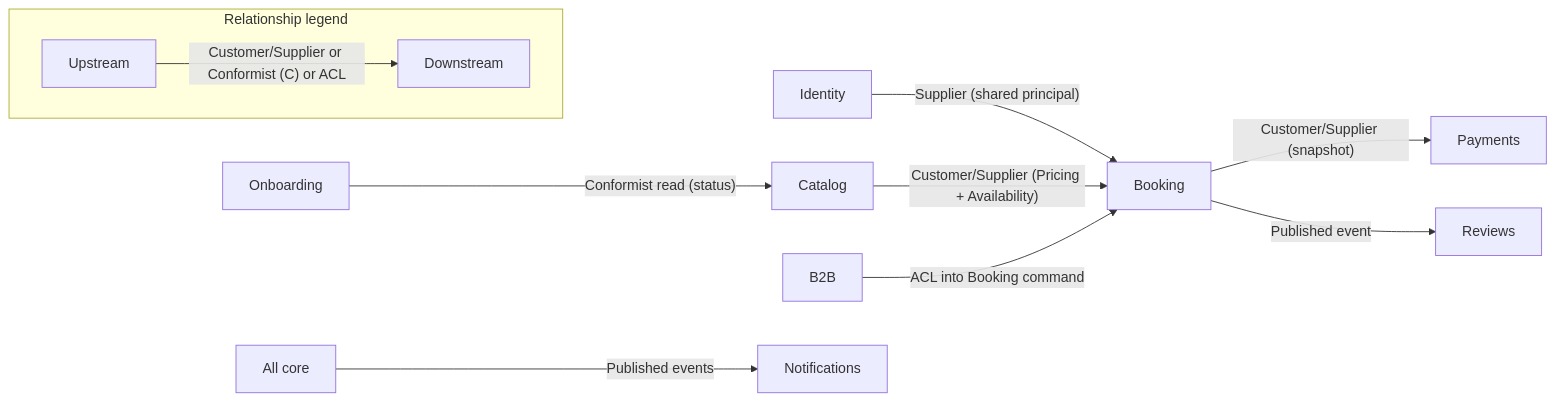
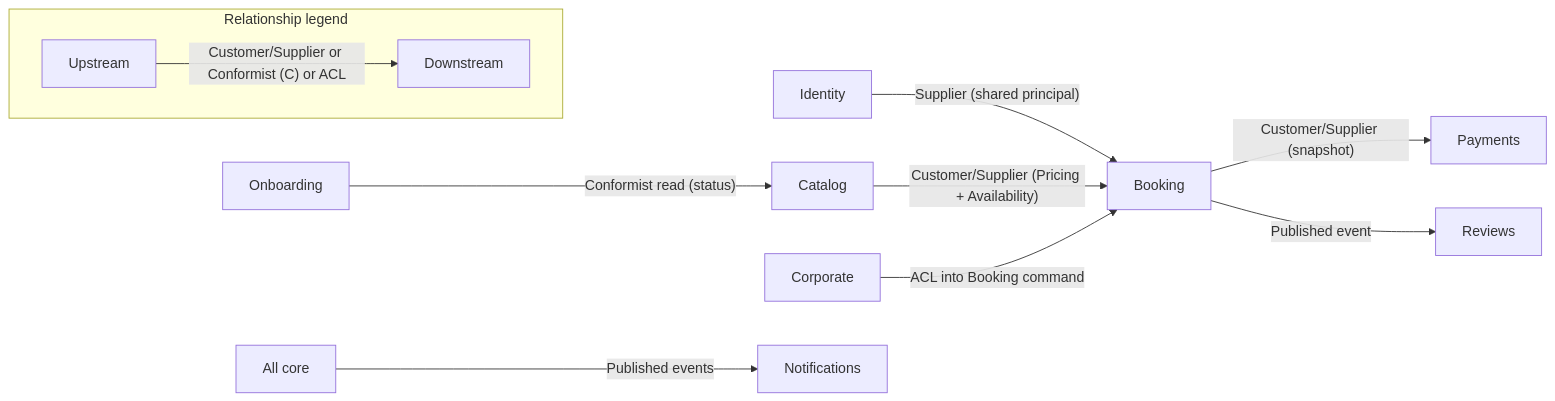
One commit to markmamba/redcab-docs changed the second of 2 diagrams in docs/architecture/bounded-contexts/index.md. Above: the diagram before and after it, drawn with Mermaid. The commit also changed other lines of this file and 61 other files, not shown here.

````diff
--- a/docs/architecture/bounded-contexts/index.md
+++ b/docs/architecture/bounded-contexts/index.md
@@ -189,14 +189,14 @@
 ```mermaid
 graph LR
   subgraph legend [Relationship legend]
     direction LR
     U[Upstream] -->|"Customer/Supplier or Conformist (C) or ACL"| D[Downstream]
   end
   Identity2[Identity] -->|"Supplier (shared principal)"| Booking2[Booking]
   Onboard2[Onboarding] -->|"Conformist read (status)"| Catalog2[Catalog]
   Catalog2 -->|"Customer/Supplier (Pricing + Availability)"| Booking2
   Booking2 -->|"Customer/Supplier (snapshot)"| Payments2[Payments]
-  B2B2[B2B] -->|"ACL into Booking command"| Booking2
+  CORP2[Corporate] -->|"ACL into Booking command"| Booking2
   Booking2 -->|"Published event"| Reviews2[Reviews]
   AllCore[All core] -->|"Published events"| Notif2[Notifications]
 ```
````
